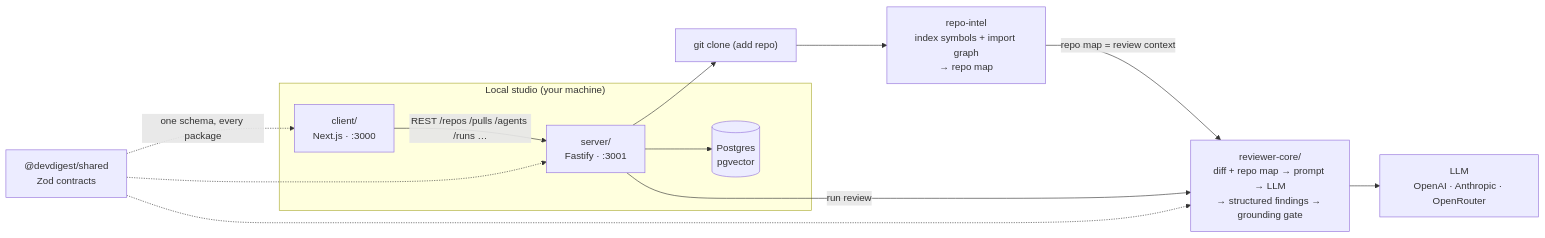
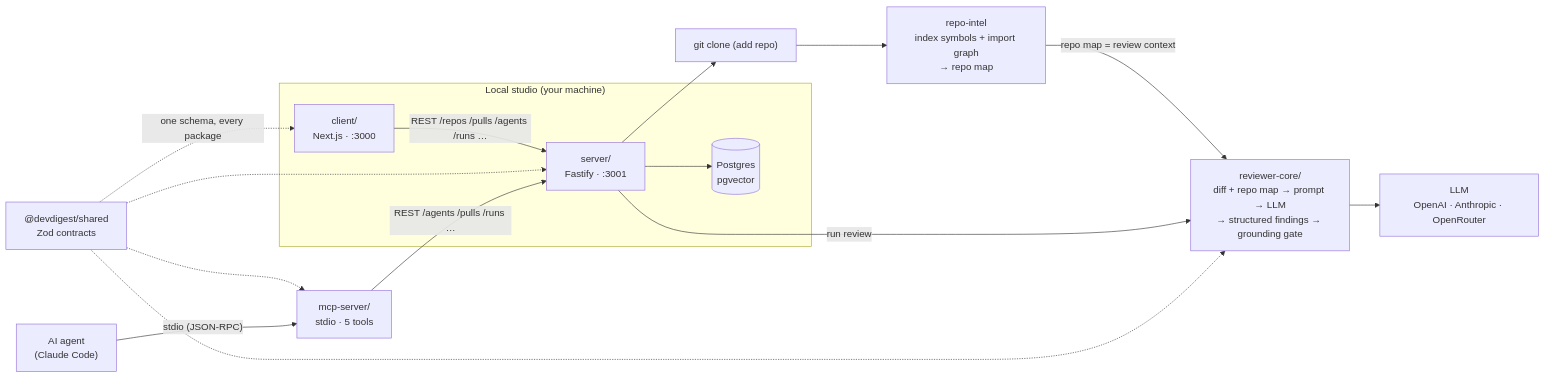
Before and after one commit to sgdiachenko/dev-digest: the diagram in README.md, drawn with Mermaid. The commit also changed other lines of this file and 46 other files, not shown here.

First line of the commit message:
feat: add mcp-server package exposing the review flow over stdio

````diff
--- a/README.md
+++ b/README.md
@@ -27,24 +28,30 @@
 ```mermaid
 flowchart LR
   subgraph Studio["Local studio (your machine)"]
     WEB["client/<br/>Next.js · :3000"]
     API["server/<br/>Fastify · :3001"]
     PG[("Postgres<br/>pgvector")]
     WEB -->|"REST /repos /pulls /agents /runs …"| API
     API --> PG
   end
 
   CLONE["git clone (add repo)"] --> INDEX["repo-intel<br/>index symbols + import graph<br/>→ repo map"]
   API --> CLONE
   INDEX -->|"repo map = review context"| ENGINE
 
   ENGINE["reviewer-core/<br/>diff + repo map → prompt → LLM<br/>→ structured findings → grounding gate"]
   LLM["LLM<br/>OpenAI · Anthropic · OpenRouter"]
   API -->|"run review"| ENGINE
   ENGINE --> LLM
 
   SHARED["@devdigest/shared<br/>Zod contracts"]
   SHARED -.->|"one schema, every package"| WEB
   SHARED -.-> API
   SHARED -.-> ENGINE
+  SHARED -.-> MCP
+
+  MCP["mcp-server/<br/>stdio · 5 tools"]
+  AGENT["AI agent<br/>(Claude Code)"]
+  AGENT -->|"stdio (JSON-RPC)"| MCP
+  MCP -->|"REST /agents /pulls /runs …"| API
 ```
````
